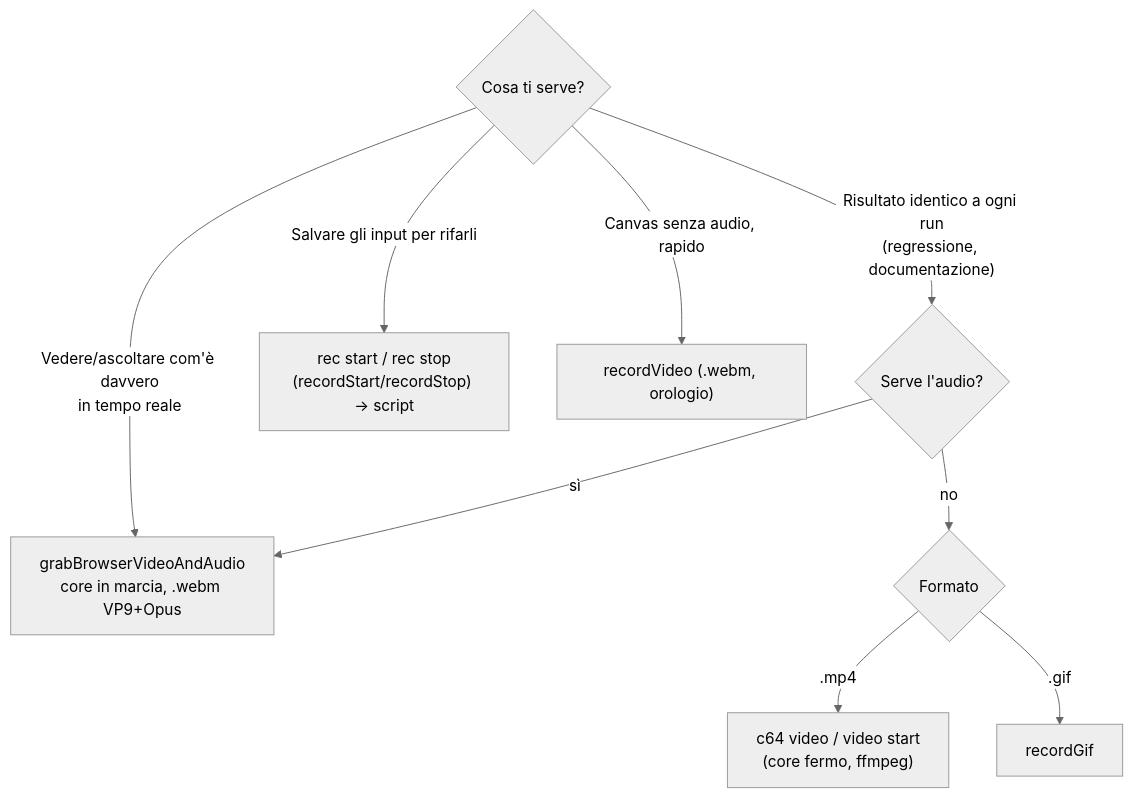
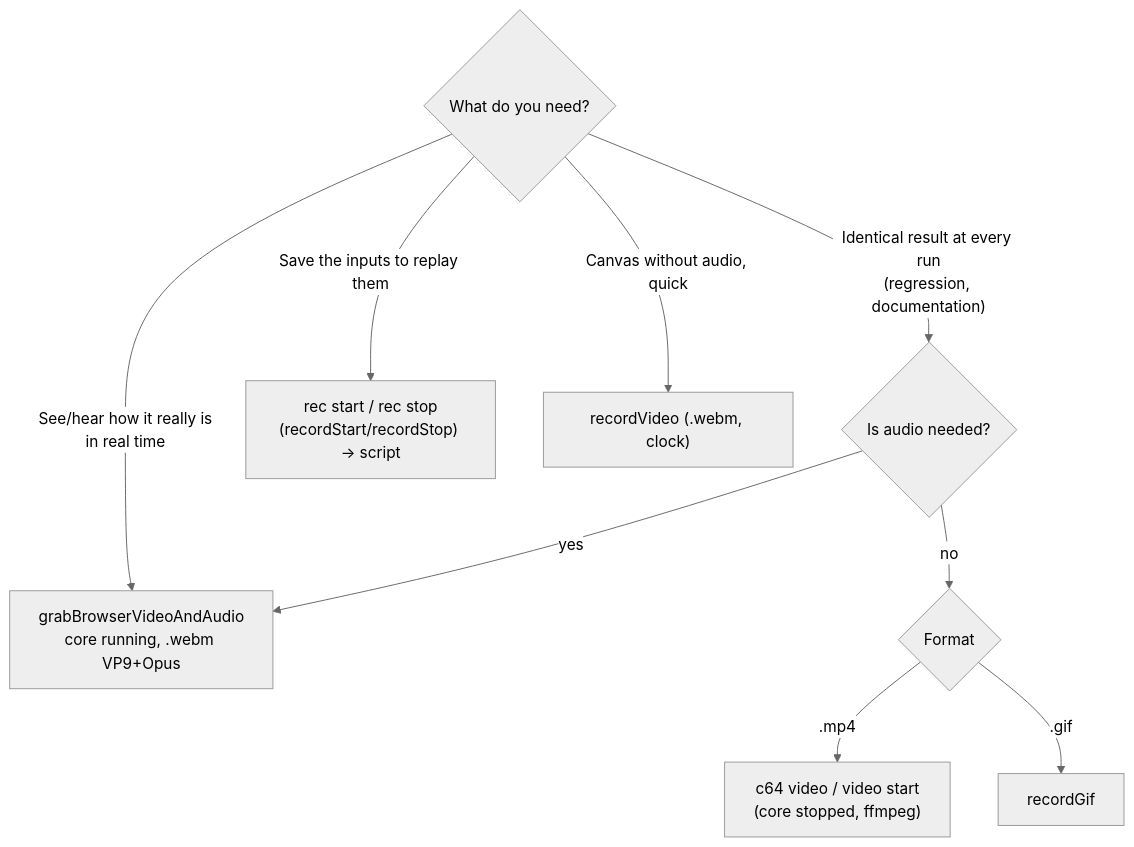
The third of 3 diagrams in toolchain/vc64web-custom/README.md (caporalesimone/barbarian-the-blood-path), drawn with Mermaid (neutral theme) before and after one commit. The commit also changed other lines of this file and 77 other files, not shown here.

````diff
--- a/toolchain/vc64web-custom/README.md
+++ b/toolchain/vc64web-custom/README.md
@@ -150,12 +150,12 @@
 ```mermaid
 flowchart TD
-  S{"Cosa ti serve?"}
-  S -->|"Risultato identico a ogni run<br/>(regressione, documentazione)"| DET{"Serve l'audio?"}
-  S -->|"Vedere/ascoltare com'è davvero<br/>in tempo reale"| GR["grabBrowserVideoAndAudio<br/>core in marcia, .webm VP9+Opus"]
-  S -->|"Salvare gli input per rifarli"| RC["rec start / rec stop<br/>(recordStart/recordStop) → script"]
-  DET -->|no| FMT{"Formato"}
-  DET -->|sì| GR
-  FMT -->|".mp4"| VI["c64 video / video start<br/>(core fermo, ffmpeg)"]
+  S{"What do you need?"}
+  S -->|"Identical result at every run<br/>(regression, documentation)"| DET{"Is audio needed?"}
+  S -->|"See/hear how it really is<br/>in real time"| GR["grabBrowserVideoAndAudio<br/>core running, .webm VP9+Opus"]
+  S -->|"Save the inputs to replay them"| RC["rec start / rec stop<br/>(recordStart/recordStop) → script"]
+  DET -->|no| FMT{"Format"}
+  DET -->|yes| GR
+  FMT -->|".mp4"| VI["c64 video / video start<br/>(core stopped, ffmpeg)"]
   FMT -->|".gif"| GI["recordGif"]
-  S -->|"Canvas senza audio, rapido"| RV["recordVideo (.webm, orologio)"]
+  S -->|"Canvas without audio, quick"| RV["recordVideo (.webm, clock)"]
 ```
````
